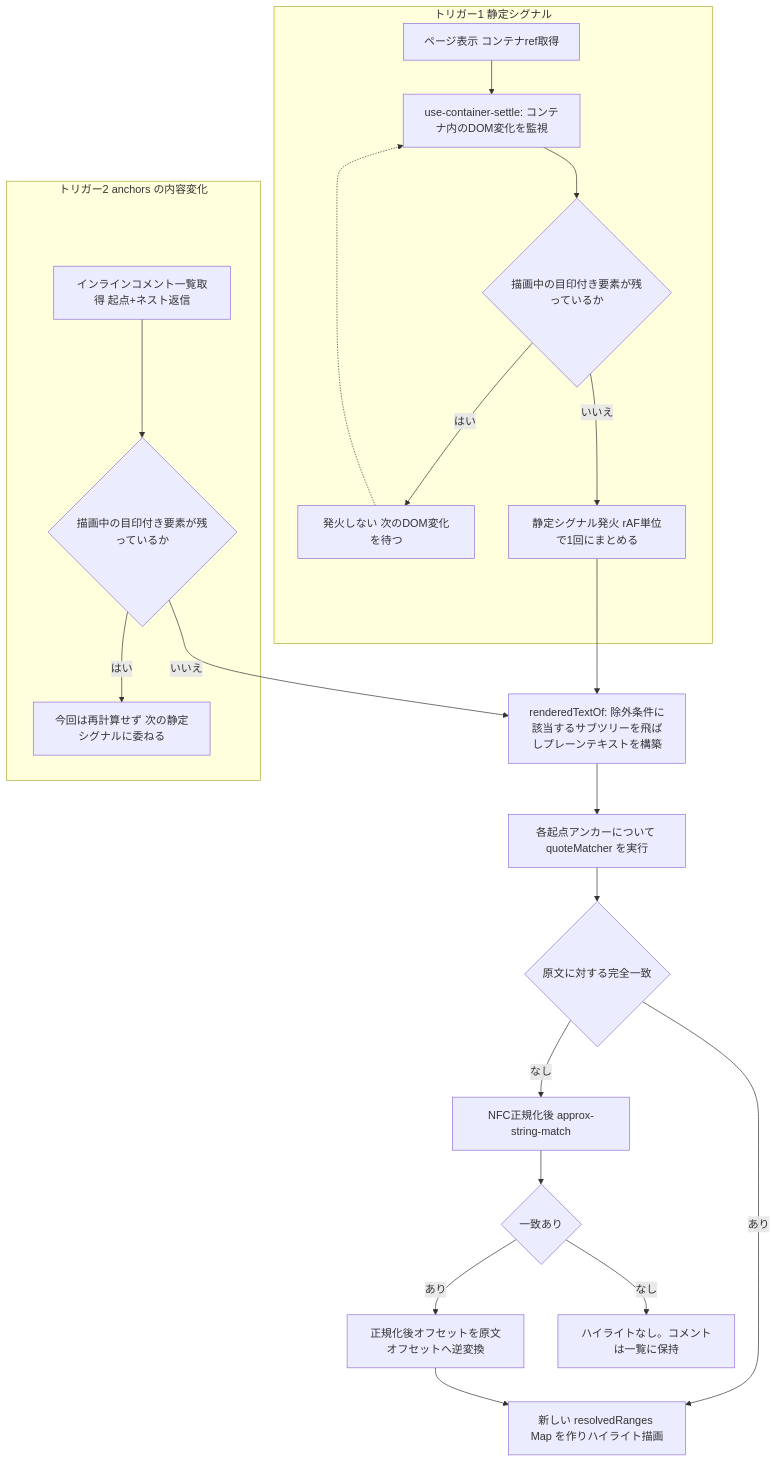
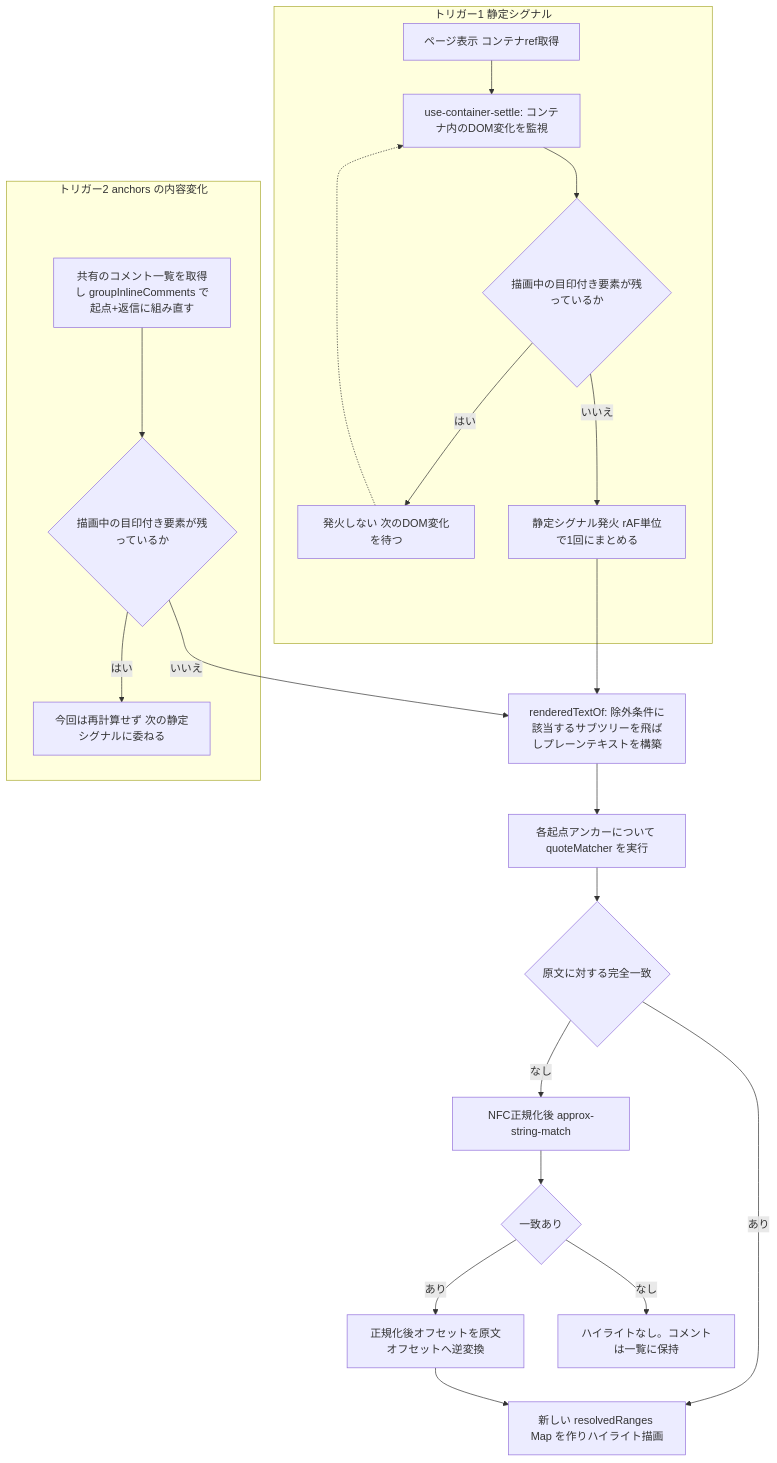
One commit to growilabs/growi changed the third of 5 diagrams in .kiro/specs/inline-comment/design.md. Above: the diagram before and after it, drawn with Mermaid. The commit also changed other lines of this file and 7 other files, not shown here.

````diff
--- a/.kiro/specs/inline-comment/design.md
+++ b/.kiro/specs/inline-comment/design.md
@@ -268,29 +276,29 @@
 ```mermaid
 flowchart TD
     Extract[renderedTextOf: 除外条件に該当するサブツリーを飛ばしプレーンテキストを構築]
 
     subgraph トリガー1[トリガー1 静定シグナル]
         Mount[ページ表示 コンテナref取得] --> Settle[use-container-settle: コンテナ内のDOM変化を監視]
         Settle --> HasRendering{描画中の目印付き要素が残っているか}
         HasRendering -- はい --> Keep[発火しない 次のDOM変化を待つ]
         Keep -.-> Settle
         HasRendering -- いいえ --> Fire[静定シグナル発火 rAF単位で1回にまとめる]
     end
 
     subgraph トリガー2[トリガー2 anchors の内容変化]
-        Fetch[インラインコメント一覧取得 起点+ネスト返信] --> Guard{描画中の目印付き要素が残っているか}
+        Fetch[共有のコメント一覧を取得し groupInlineComments で起点+返信に組み直す] --> Guard{描画中の目印付き要素が残っているか}
         Guard -- はい --> Defer[今回は再計算せず 次の静定シグナルに委ねる]
     end
 
     Fire --> Extract
     Guard -- いいえ --> Extract
 
     Extract --> Loop[各起点アンカーについて quoteMatcher を実行]
     Loop --> Exact{原文に対する完全一致}
     Exact -- あり --> Highlight[新しい resolvedRanges Map を作りハイライト描画]
     Exact -- なし --> Fuzzy[NFC正規化後 approx-string-match]
     Fuzzy --> Found{一致あり}
     Found -- あり --> BackMap[正規化後オフセットを原文オフセットへ逆変換]
     BackMap --> Highlight
     Found -- なし --> NoHighlight[ハイライトなし。コメントは一覧に保持]
 ```
````
